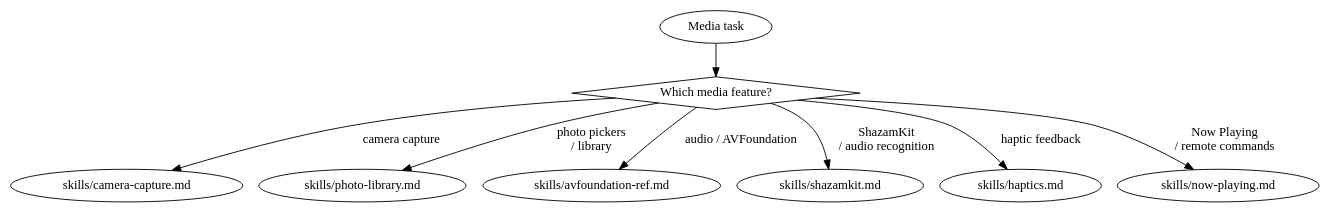
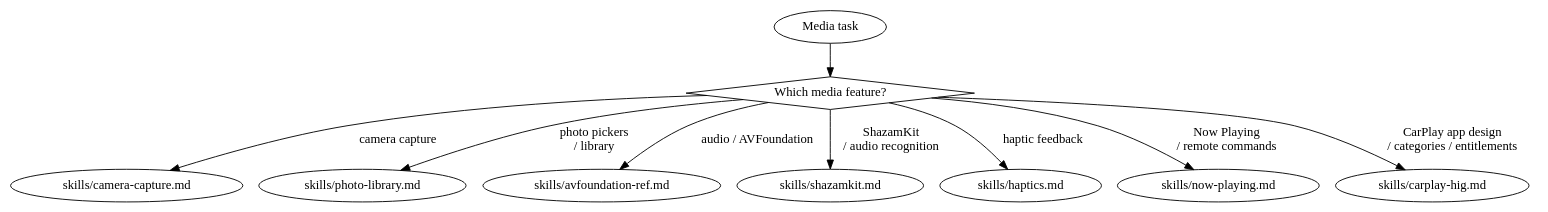
The diagram in axiom-codex/skills/axiom-media/SKILL.md (CharlesWiltgen/Axiom), drawn with Graphviz before and after one commit. The commit also changed other lines of this file and 11 other files, not shown here.

````diff
--- a/axiom-codex/skills/axiom-media/SKILL.md
+++ b/axiom-codex/skills/axiom-media/SKILL.md
@@ -30,14 +33,15 @@
 ```dot
 digraph media {
     start [label="Media task" shape=ellipse];
     what [label="Which media feature?" shape=diamond];
 
     start -> what;
     what -> "skills/camera-capture.md" [label="camera capture"];
     what -> "skills/photo-library.md" [label="photo pickers\n/ library"];
     what -> "skills/avfoundation-ref.md" [label="audio / AVFoundation"];
     what -> "skills/shazamkit.md" [label="ShazamKit\n/ audio recognition"];
     what -> "skills/haptics.md" [label="haptic feedback"];
     what -> "skills/now-playing.md" [label="Now Playing\n/ remote commands"];
+    what -> "skills/carplay-hig.md" [label="CarPlay app design\n/ categories / entitlements"];
 }
 ```
````
